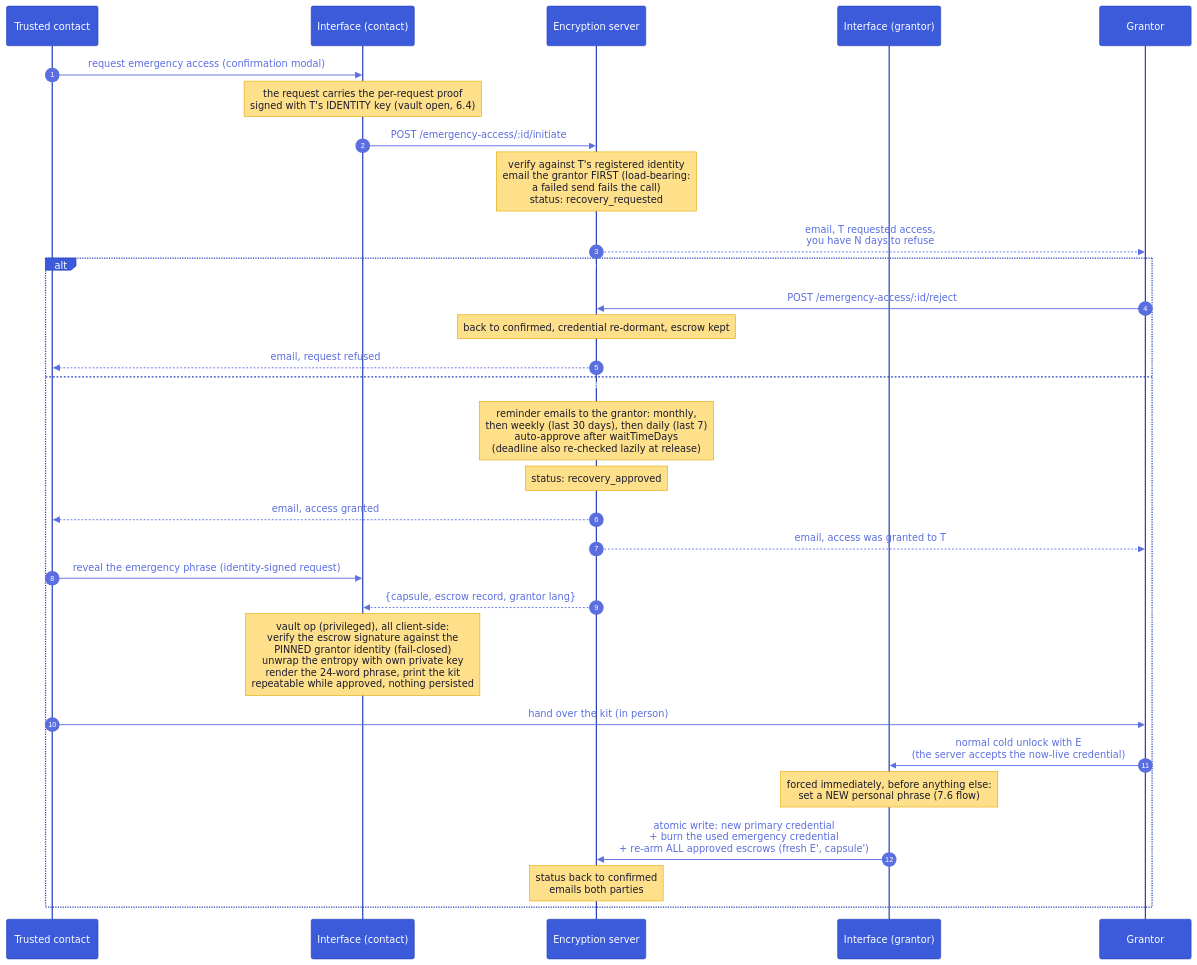
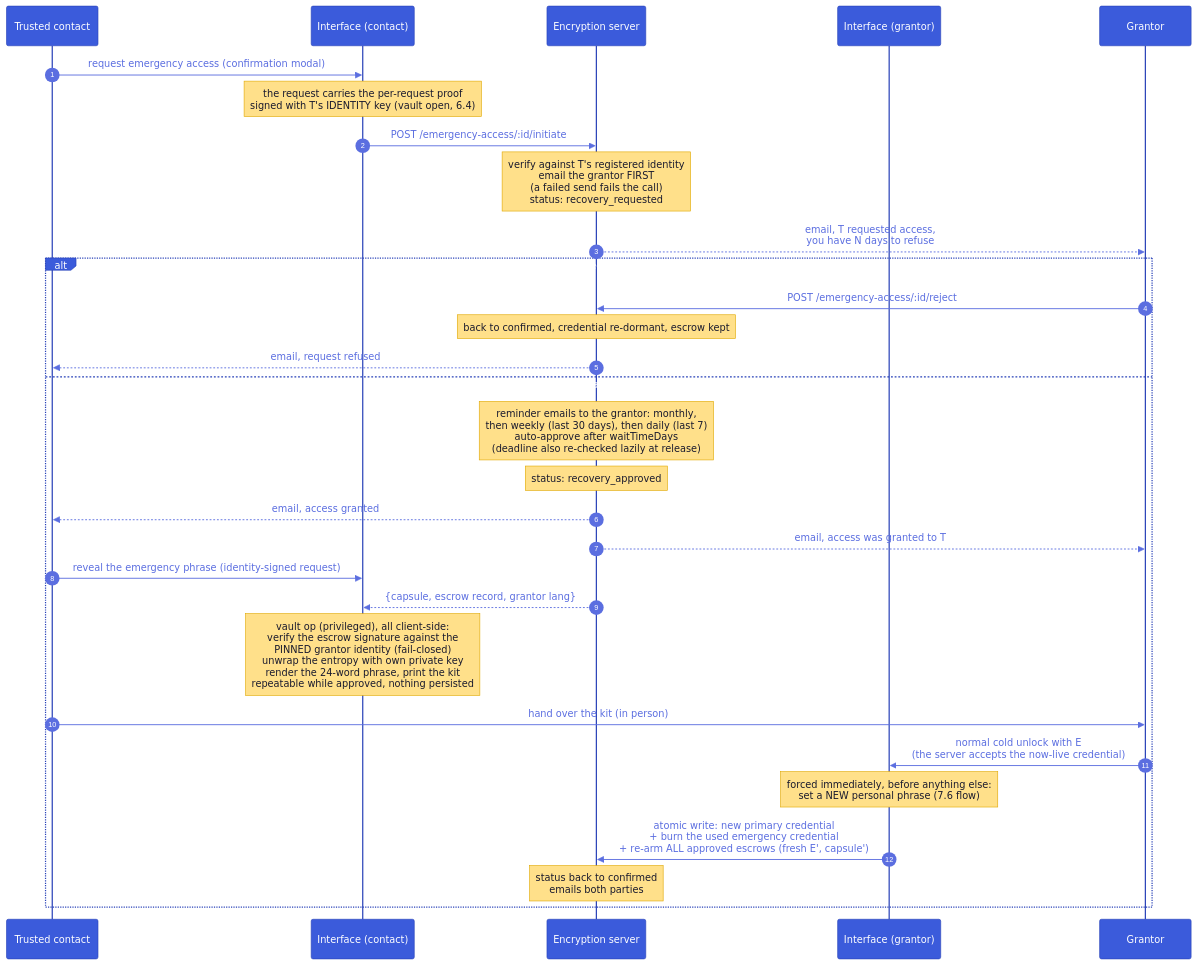
Before and after one commit to suitenumerique/encryption: diagram 21 of 22 in architecture.md, drawn with Mermaid. The commit also changed other lines of this file, not shown here.

````diff
--- a/architecture.md
+++ b/architecture.md
@@ -1313,33 +1343,33 @@
 ```mermaid
 %%{init: {'theme':'base','themeVariables':{'actorBkg':'#3b5bdb','actorTextColor':'#fff','actorBorder':'#2942b8','signalColor':'#5b6ee0','signalTextColor':'#5b6ee0','noteBkgColor':'#ffe08a','noteTextColor':'#1a1a2e','noteBorderColor':'#e0a800','sequenceNumberColor':'#fff'}}}%%
 sequenceDiagram
   autonumber
   participant T as Trusted contact
   participant UIt as Interface (contact)
   participant API as Encryption server
   participant UIg as Interface (grantor)
   participant G as Grantor
   T->>UIt: request emergency access (confirmation modal)
   Note over UIt: the request carries the per-request proof<br/>signed with T's IDENTITY key (vault open, 6.4)
   UIt->>API: POST /emergency-access/:id/initiate
-  Note over API: verify against T's registered identity<br/>email the grantor FIRST (load-bearing:<br/>a failed send fails the call)<br/>status: recovery_requested
+  Note over API: verify against T's registered identity<br/>email the grantor FIRST<br/>(a failed send fails the call)<br/>status: recovery_requested
   API-->>G: email, T requested access,<br/>you have N days to refuse
   alt grantor refuses (JWT only, no vault needed, from the email link or the product modal)
     G->>API: POST /emergency-access/:id/reject
     Note over API: back to confirmed, credential re-dormant, escrow kept
     API-->>T: email, request refused
   else grantor says nothing
     Note over API: reminder emails to the grantor: monthly,<br/>then weekly (last 30 days), then daily (last 7)<br/>auto-approve after waitTimeDays<br/>(deadline also re-checked lazily at release)
     Note over API: status: recovery_approved
     API-->>T: email, access granted
     API-->>G: email, access was granted to T
     T->>UIt: reveal the emergency phrase (identity-signed request)
     API-->>UIt: {capsule, escrow record, grantor lang}
     Note over UIt: vault op (privileged), all client-side:<br/>verify the escrow signature against the<br/>PINNED grantor identity (fail-closed)<br/>unwrap the entropy with own private key<br/>render the 24-word phrase, print the kit<br/>repeatable while approved, nothing persisted
     T->>G: hand over the kit (in person)
     G->>UIg: normal cold unlock with E<br/>(the server accepts the now-live credential)
     Note over UIg: forced immediately, before anything else:<br/>set a NEW personal phrase (7.6 flow)
     UIg->>API: atomic write: new primary credential<br/>+ burn the used emergency credential<br/>+ re-arm ALL approved escrows (fresh E', capsule')
     Note over API: status back to confirmed<br/>emails both parties
   end
 ```
````
